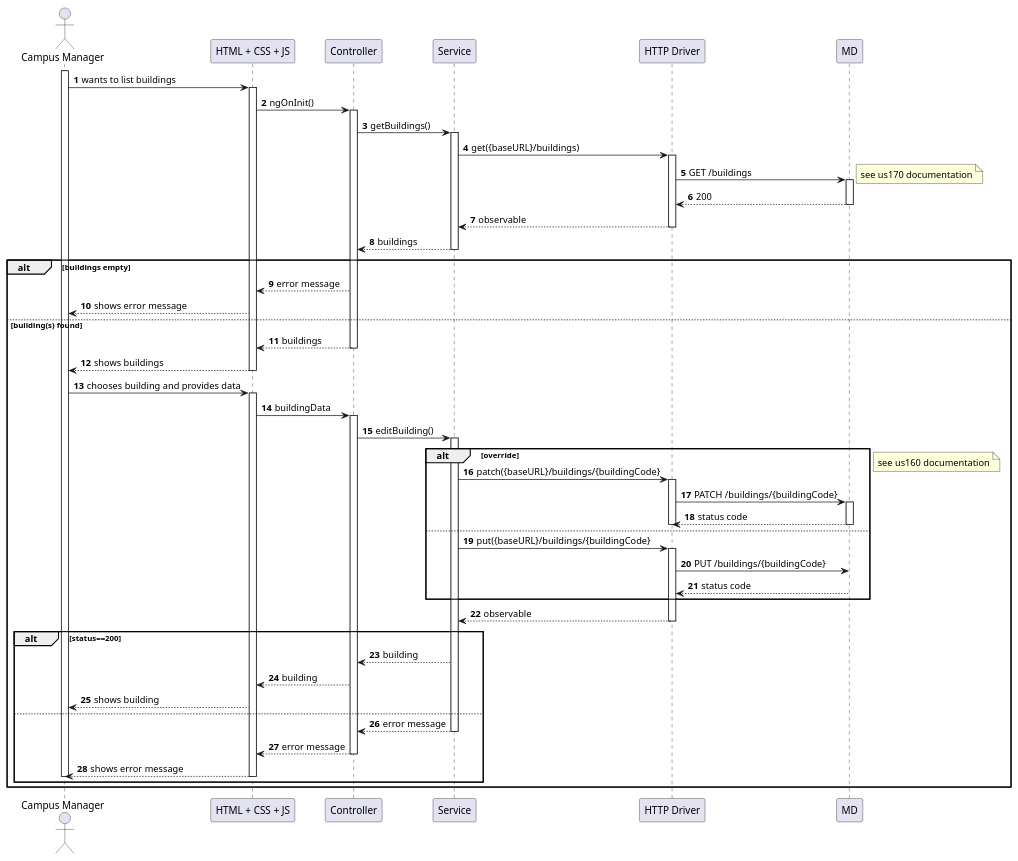
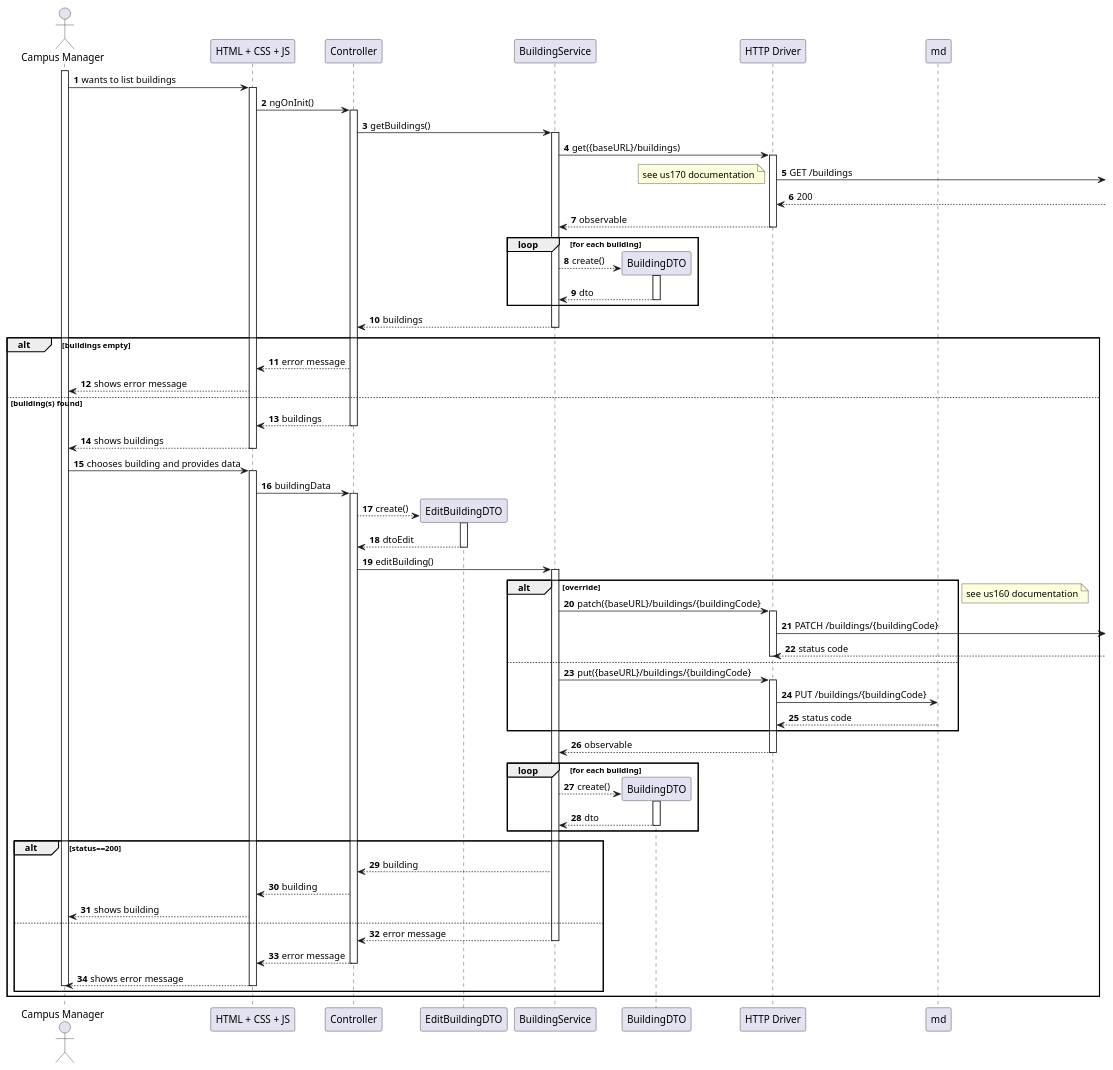
The diagram in docs/us1070/level3/process-view.puml (Departamento-de-Engenharia-Informatica/lapr5-23-24-g19), drawn with PlantUML before and after one commit. The commit also changed 17 other files, not shown here.

```diff
--- a/docs/us1070/level3/process-view.puml
+++ b/docs/us1070/level3/process-view.puml
@@ -1,80 +1,92 @@
 @startuml
 autonumber
 
 actor "Campus Manager" as usr
 
 participant "HTML + CSS + JS" as view
 participant "Controller" as ctrl
-participant "Service" as svc
+participant "EditBuildingDTO" as dtoEdit
+participant "BuildingService" as svc
+participant "BuildingDTO" as dto
+
 
 participant "HTTP Driver" as http
-
-participant "MD" as md
 
 activate usr
 usr -> view : wants to list buildings
     activate view
         view -> ctrl : ngOnInit()
         activate ctrl
             ctrl -> svc : getBuildings()
             activate svc
                 svc -> http : get({baseURL}/buildings)
                 activate http
-                    http -> md : GET /buildings
+                    http ->] : GET /buildings
                 note right : see us170 documentation
-            activate md
-                md --> http : 200
-                deactivate md
+                ]--> http : 200
                 http --> svc : observable
                 deactivate http
+                loop for each building
+                    svc --> dto** : create()
+                    activate dto
+                        dto --> svc : dto
+                    deactivate dto
+                end
                 svc --> ctrl : buildings
         alt buildings empty
                 deactivate svc
                 ctrl --> view : error message
                 view --> usr : shows error message
         else building(s) found
             ctrl --> view : buildings
             deactivate ctrl
             view --> usr : shows buildings
-            deactivate
         deactivate view
         usr -> view : chooses building and provides data
         activate view
             view -> ctrl : buildingData
             activate ctrl
+                ctrl --> dtoEdit** : create()
+                activate dtoEdit
+                        dtoEdit --> ctrl : dtoEdit
+                deactivate dtoEdit
                 ctrl -> svc : editBuilding()
                 alt override
                 activate svc
                     svc -> http : patch({baseURL}/buildings/{buildingCode}
                     activate http
-                        http -> md : PATCH /buildings/{buildingCode}
-                        activate md
-                            md --> http : status code
-                        deactivate md
+                        http ->] : PATCH /buildings/{buildingCode}
+                            ]--> http : status code
                     deactivate http
                 else
                 svc -> http : put({baseURL}/buildings/{buildingCode}
                     activate http
                         http -> md : PUT /buildings/{buildingCode}
                             md --> http : status code
 
                 end
                 note right : see us160 documentation
                     http --> svc : observable
                     deactivate http
+                    loop for each building
+                        svc --> dto** : create()
+                        activate dto
+                            dto --> svc : dto
+                        deactivate dto
+                    end
                     alt status==200
                     svc --> ctrl : building
 
                 ctrl --> view : building
                 view --> usr : shows building
                 else
                     svc --> ctrl : error message
                     deactivate svc
                 ctrl --> view : error message
                 deactivate ctrl
             view --> usr : shows error message
             deactivate view
         deactivate usr
     end
     end
 @enduml
```
